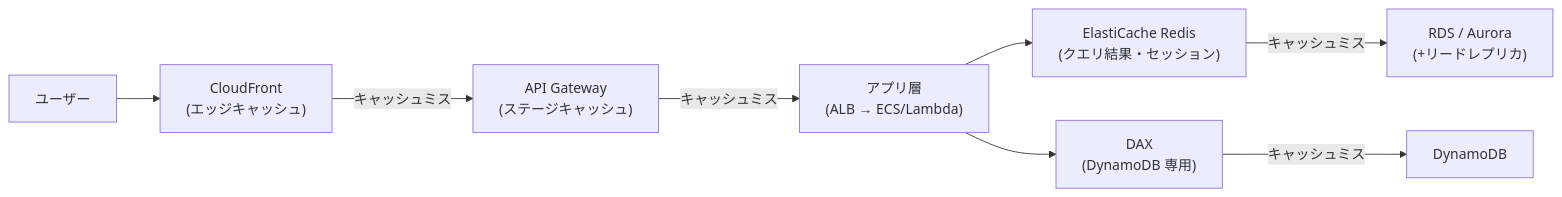
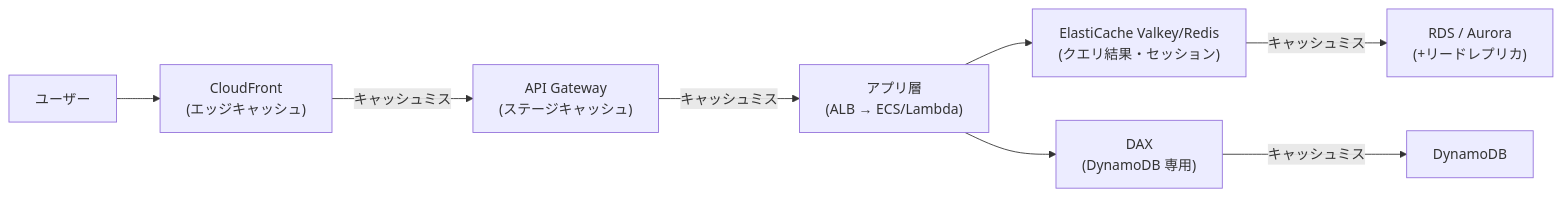
Before and after one commit to tono55/aws-sap: the first of 2 diagrams in 02-new-solutions/2-5-performance.md, drawn with Mermaid. The commit also changed other lines of this file and 28 other files, not shown here.

````diff
--- a/02-new-solutions/2-5-performance.md
+++ b/02-new-solutions/2-5-performance.md
@@ -33,10 +33,10 @@
 ```mermaid
 flowchart LR
     U["ユーザー"] --> CF["CloudFront<br>(エッジキャッシュ)"]
     CF -->|キャッシュミス| APIGW["API Gateway<br>(ステージキャッシュ)"]
     APIGW -->|キャッシュミス| APP["アプリ層<br>(ALB → ECS/Lambda)"]
-    APP --> REDIS["ElastiCache Redis<br>(クエリ結果・セッション)"]
+    APP --> REDIS["ElastiCache Valkey/Redis<br>(クエリ結果・セッション)"]
     APP --> DAX["DAX<br>(DynamoDB 専用)"]
     REDIS -->|キャッシュミス| RDS["RDS / Aurora<br>(+リードレプリカ)"]
     DAX -->|キャッシュミス| DDB["DynamoDB"]
 ```
````
